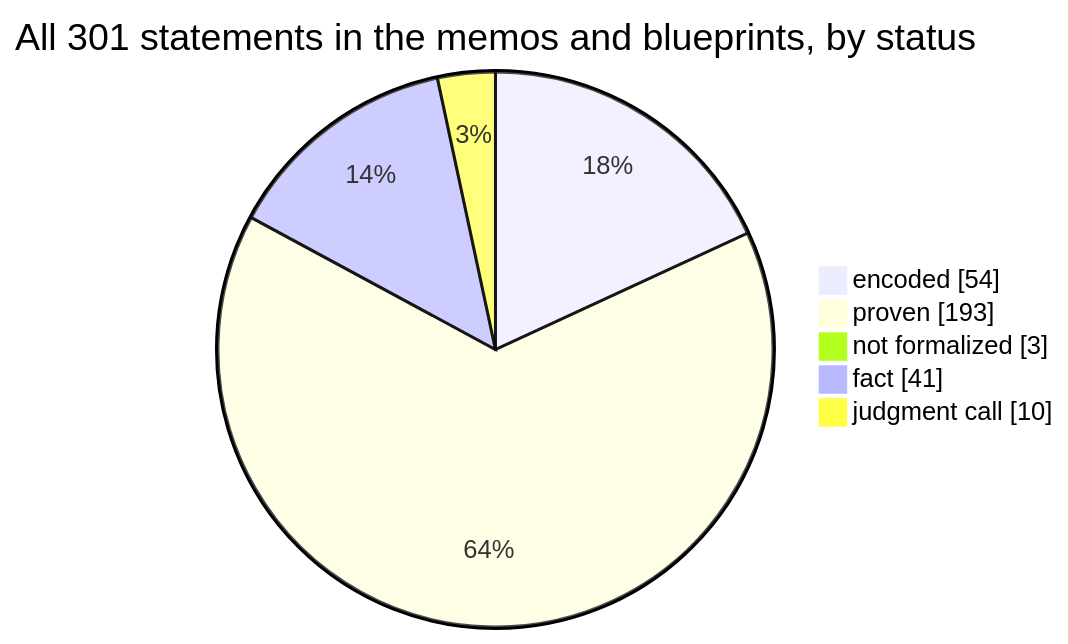
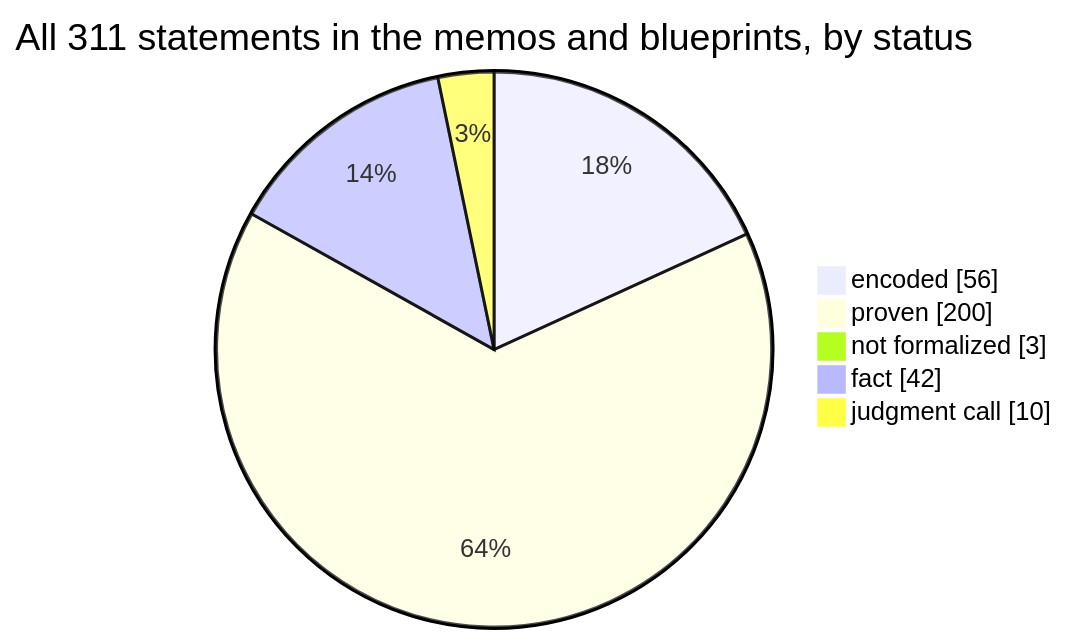
The first of 4 diagrams in docs/graphs/dashboard.md (SeanWMurray/Canteen), drawn with Mermaid before and after one commit. The commit also changed other lines of this file and 28 other files, not shown here.

````diff
--- a/docs/graphs/dashboard.md
+++ b/docs/graphs/dashboard.md
@@ -11,8 +11,8 @@
 ```mermaid
-pie showData title All 301 statements in the memos and blueprints, by status
-    "encoded" : 54
-    "proven" : 193
+pie showData title All 311 statements in the memos and blueprints, by status
+    "encoded" : 56
+    "proven" : 200
     "not formalized" : 3
-    "fact" : 41
+    "fact" : 42
     "judgment call" : 10
 ```
````
